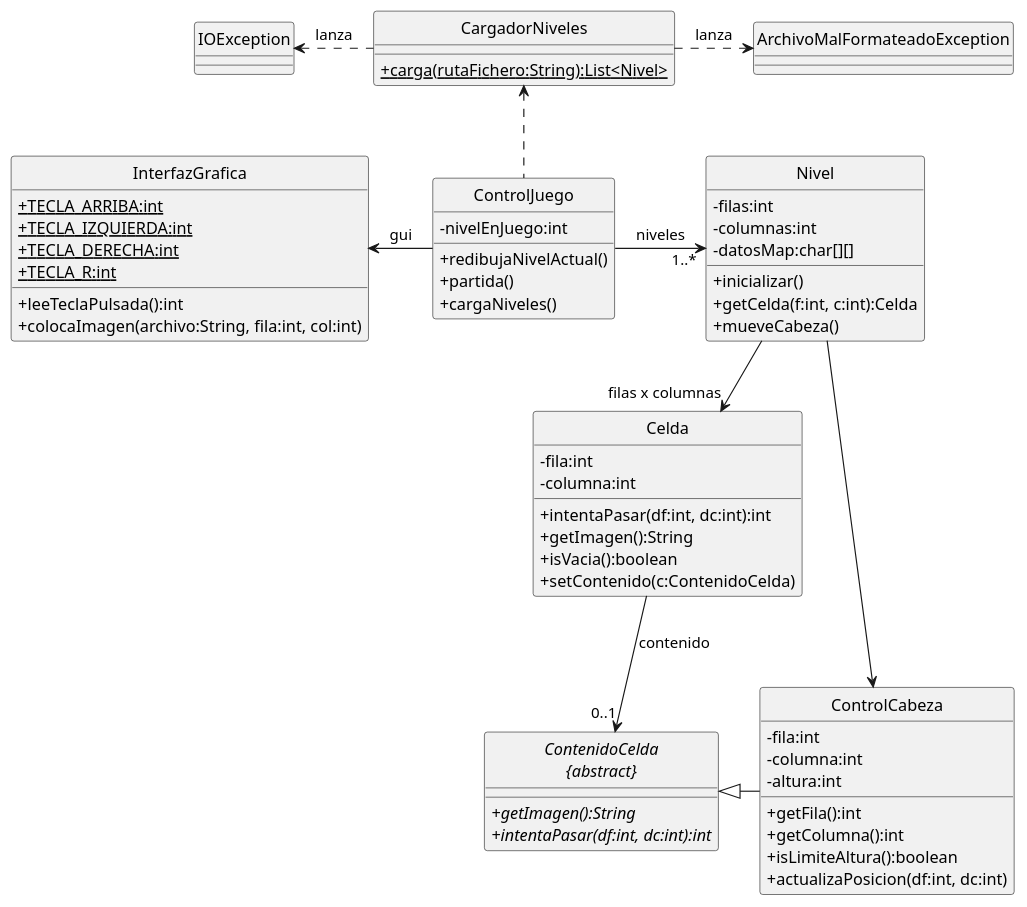
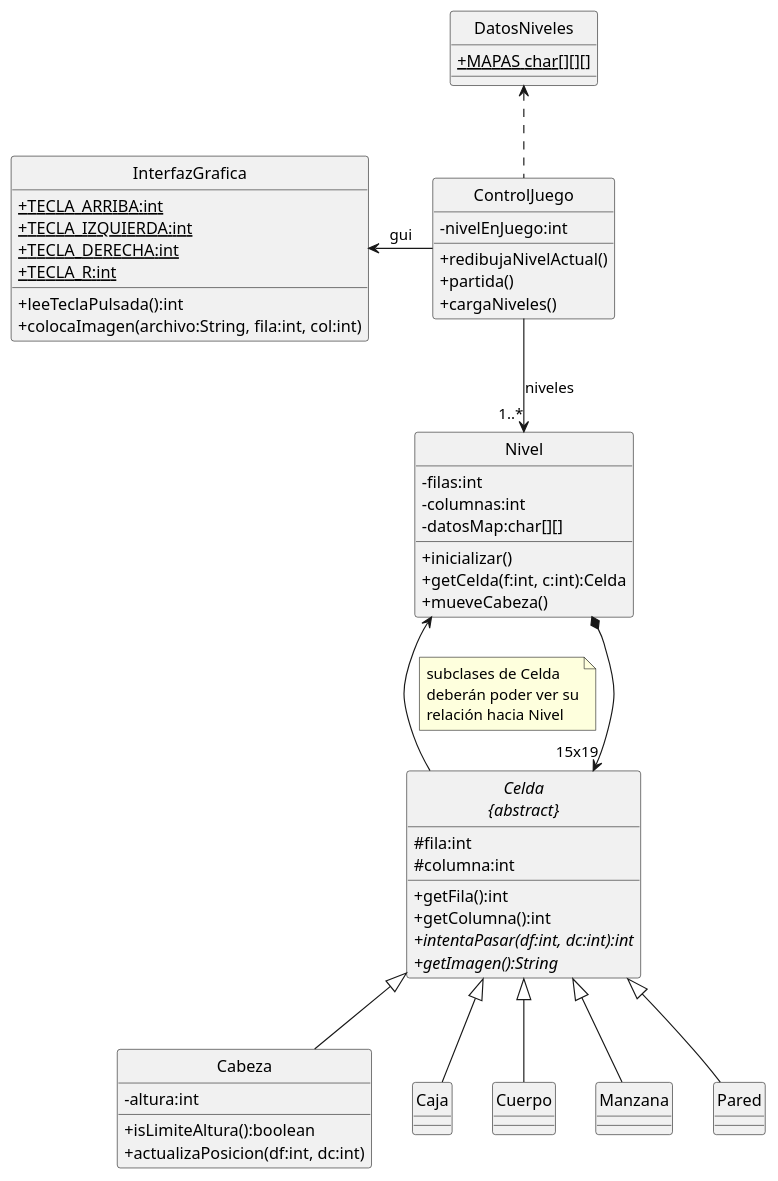
One commit to mariomac/limerick changed the diagram in uml_refactor_1.plantuml. Above: the diagram before and after it, drawn with PlantUML. The commit also changed 8 other files, not shown here.

Commit message:
refactorización para herencia y cmabios en uml

```diff
--- a/uml_refactor_1.plantuml
+++ b/uml_refactor_1.plantuml
@@ -1,71 +1,70 @@
 @startuml
 
 hide circle
 skinparam classAttributeIconSize 0
 
 class InterfazGrafica {
     +{static} TECLA_ARRIBA:int
     +{static} TECLA_IZQUIERDA:int
     +{static} TECLA_DERECHA:int
     +{static} TECLA_R:int
     +leeTeclaPulsada():int
     +colocaImagen(archivo:String, fila:int, col:int)
 }
 
 class ControlJuego {
     -nivelEnJuego:int
     +redibujaNivelActual()
     +partida()
     +cargaNiveles()
 }
 
 class Nivel {
     -filas:int
     -columnas:int
     -datosMap:char[][]
     +inicializar()
     +getCelda(f:int, c:int):Celda
     +mueveCabeza()
 }
 
-class Celda {
-    -fila:int
-    -columna:int
-    +intentaPasar(df:int, dc:int):int
-    +getImagen():String
-    +isVacia():boolean
-    +setContenido(c:ContenidoCelda)
+abstract class "Celda\n{abstract}" as Celda {
+    #fila:int
+    #columna:int
+    +getFila():int
+    +getColumna():int
+    +{abstract}intentaPasar(df:int, dc:int):int
+    +{abstract}getImagen():String
 }
 
-class ControlCabeza {
-    -fila:int
-    -columna:int
+class Cabeza {
     -altura:int
-    +getFila():int
-    +getColumna():int
     +isLimiteAltura():boolean
     +actualizaPosicion(df:int, dc:int)
 }
 
-class CargadorNiveles {
-    +{static} carga(rutaFichero:String):List<Nivel>
+class DatosNiveles {
+    +{static} MAPAS char[][][]
 }
 
-ArchivoMalFormateadoException <.left. CargadorNiveles: lanza
-IOException <.right. CargadorNiveles: lanza
+ControlJuego .up.> DatosNiveles
 
-ControlJuego .up.> CargadorNiveles
 ControlJuego -left-> InterfazGrafica : gui
-ControlJuego -> "1..*" Nivel : niveles
+ControlJuego -down-> "1..*" Nivel : niveles
 
-Nivel --> "filas x columnas" Celda
-Nivel --> ControlCabeza
+Celda -up-> Nivel
+note right on link
+    subclases de Celda
+    deberán poder ver su
+    relación hacia Nivel
+end note
 
-abstract class "ContenidoCelda\n{abstract}" as ContenidoCelda {
-    +{abstract} getImagen():String
-    +{abstract} intentaPasar(df:int, dc:int):int
-}
+Nivel *-down-> "15x19" Celda
 
-Celda --> "0..1" ContenidoCelda: contenido
-ContenidoCelda <|-right- ControlCabeza
+Celda <|-- Cabeza
+Celda <|-- Caja
+Celda <|-- Cuerpo
+Celda <|-- Manzana
+Celda <|-- Pared
+
 @enduml
```
